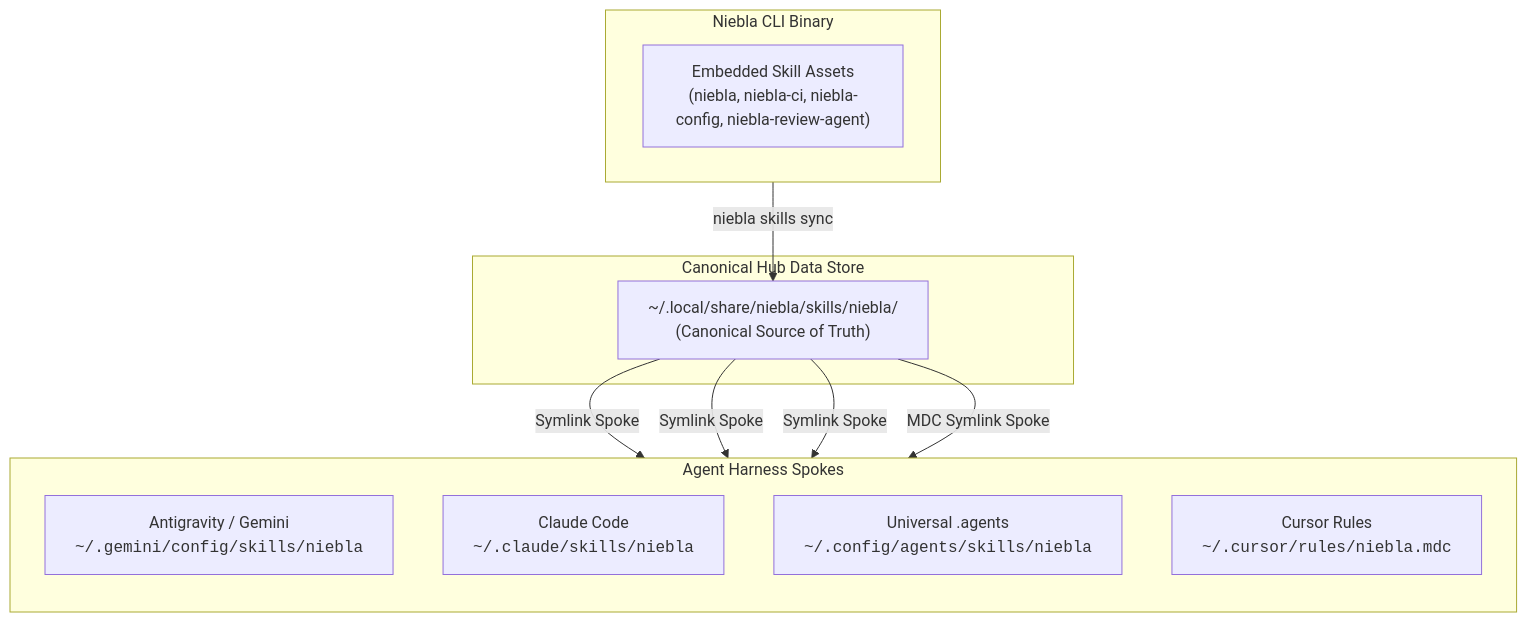
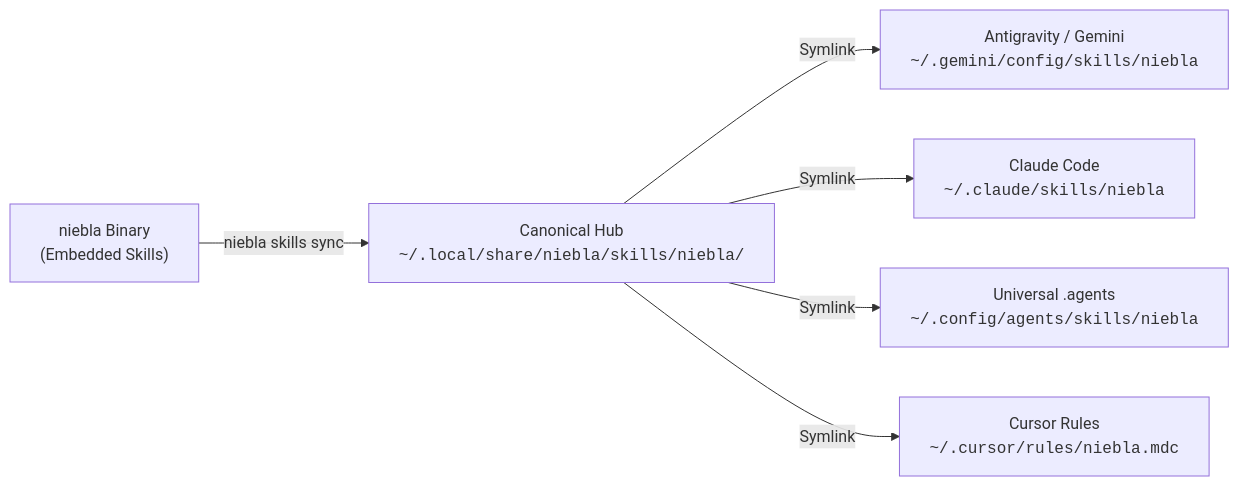
One commit to mrtnzjsh/niebla changed the diagram in docs-site/src/content/docs/reference/skills.md. Above: the diagram before and after it, drawn with Mermaid. The commit also changed other lines of this file and 40 other files, not shown here.

````diff
--- a/docs-site/src/content/docs/reference/skills.md
+++ b/docs-site/src/content/docs/reference/skills.md
@@ -13,24 +10,8 @@
 ```mermaid
-flowchart TD
-    subgraph Binary["Niebla CLI Binary"]
-        Embedded["Embedded Skill Assets<br/>(niebla, niebla-ci, niebla-config, niebla-review-agent)"]
-    end
-
-    subgraph Hub["Canonical Hub Data Store"]
-        HubDir["~/.local/share/niebla/skills/niebla/<br/>(Canonical Source of Truth)"]
-    end
-
-    subgraph Spokes["Agent Harness Spokes"]
-        direction TB
-        Spoke1["Antigravity / Gemini<br/><code>~/.gemini/config/skills/niebla</code>"]
-        Spoke2["Claude Code<br/><code>~/.claude/skills/niebla</code>"]
-        Spoke3["Universal .agents<br/><code>~/.config/agents/skills/niebla</code>"]
-        Spoke4["Cursor Rules<br/><code>~/.cursor/rules/niebla.mdc</code>"]
-    end
-
-    Binary -->|"niebla skills sync"| HubDir
-    HubDir -->|"Symlink Spoke"| Spoke1
-    HubDir -->|"Symlink Spoke"| Spoke2
-    HubDir -->|"Symlink Spoke"| Spoke3
-    HubDir -->|"MDC Symlink Spoke"| Spoke4
+flowchart LR
+    Binary["niebla Binary<br/>(Embedded Skills)"] -->|"niebla skills sync"| Hub["Canonical Hub<br/><code>~/.local/share/niebla/skills/niebla/</code>"]
+    Hub -->|"Symlink"| S1["Antigravity / Gemini<br/><code>~/.gemini/config/skills/niebla</code>"]
+    Hub -->|"Symlink"| S2["Claude Code<br/><code>~/.claude/skills/niebla</code>"]
+    Hub -->|"Symlink"| S3["Universal .agents<br/><code>~/.config/agents/skills/niebla</code>"]
+    Hub -->|"Symlink"| S4["Cursor Rules<br/><code>~/.cursor/rules/niebla.mdc</code>"]
 ```
````
